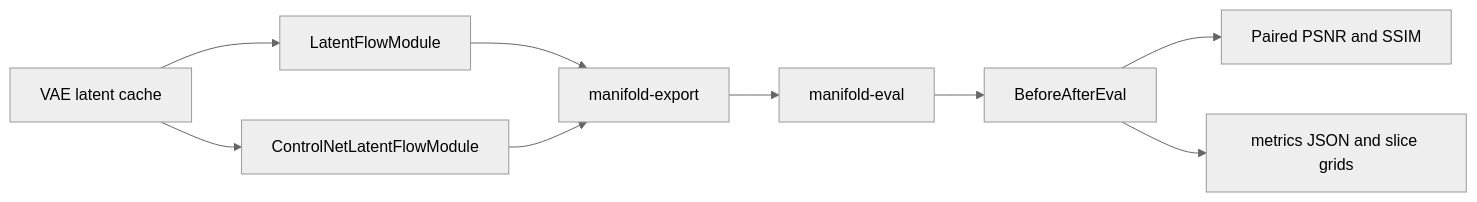
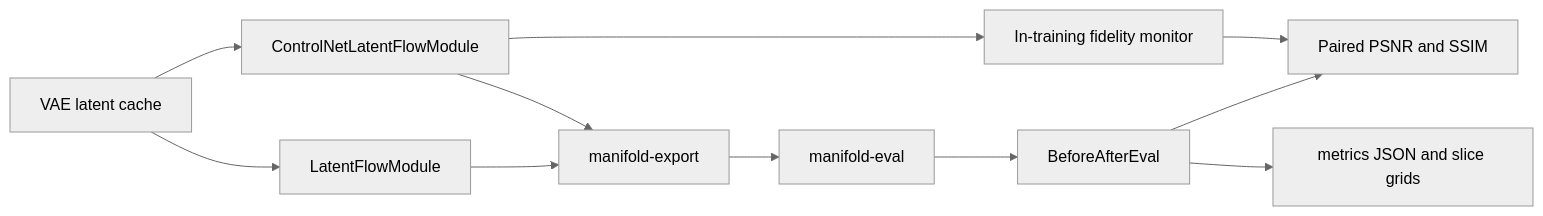
Before and after one commit to ACautomata/manifold: the diagram in openwiki/architecture.md, drawn with Mermaid (neutral theme). The commit also changed other lines of this file and 16 other files, not shown here.

````diff
--- a/openwiki/architecture.md
+++ b/openwiki/architecture.md
@@ -26,11 +79,13 @@
 ```mermaid
 flowchart LR
     Cache["VAE latent cache"] --> JiT["LatentFlowModule"]
     Cache --> ControlNet["ControlNetLatentFlowModule"]
     JiT --> Export["manifold-export"]
     ControlNet --> Export
+    ControlNet --> Monitor["In-training fidelity monitor"]
     Export --> Eval["manifold-eval"]
     Eval --> Core["BeforeAfterEval"]
     Core --> Metric["Paired PSNR and SSIM"]
+    Monitor --> Metric
     Core --> Artifacts["metrics JSON and slice grids"]
 ```
````
